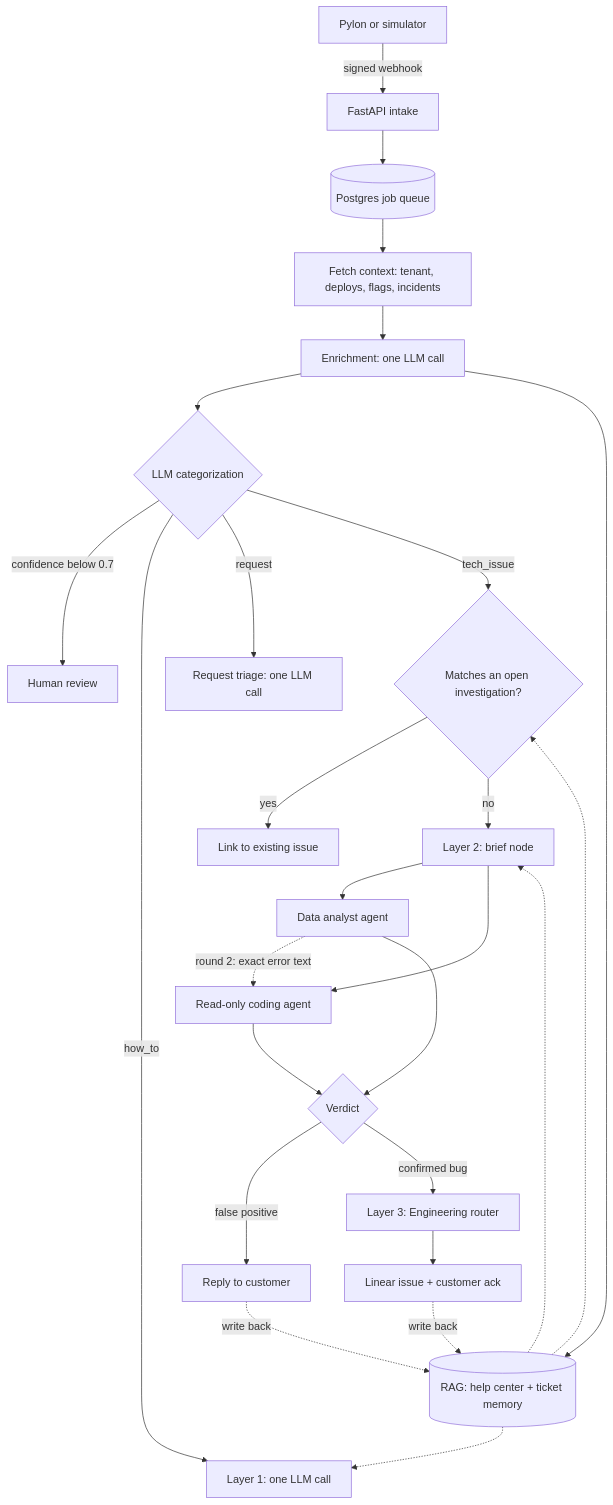
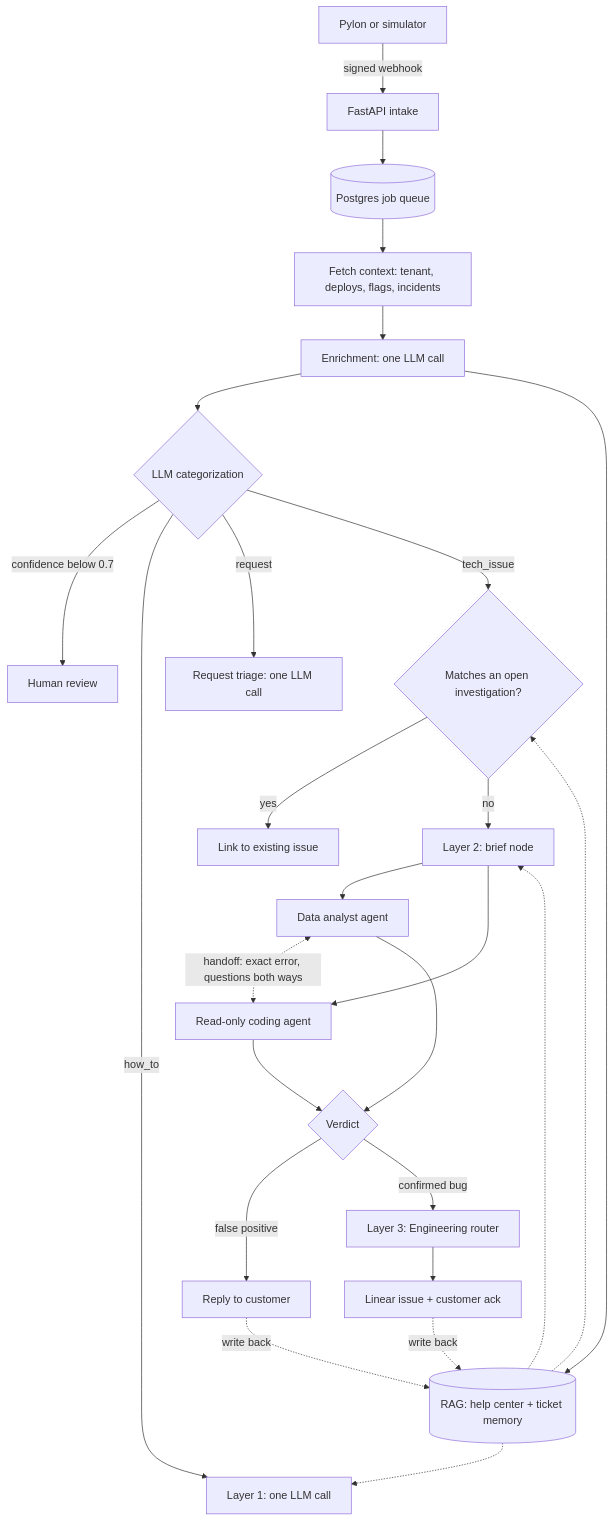
The diagram in planning/Agent_Architecture_And_Build_Plan.md (kirmada1509/support-triage-agent), drawn with Mermaid before and after one commit. The commit also changed other lines of this file and 43 other files, not shown here.

````diff
--- a/planning/Agent_Architecture_And_Build_Plan.md
+++ b/planning/Agent_Architecture_And_Build_Plan.md
@@ -229,28 +229,28 @@
 ```mermaid
 flowchart TD
   P[Pylon or simulator] -->|signed webhook| W[FastAPI intake]
   W --> Q[(Postgres job queue)]
   Q --> C[Fetch context: tenant, deploys, flags, incidents]
   C --> E[Enrichment: one LLM call]
   E --> J{LLM categorization}
   E --> S[(RAG: help center + ticket memory)]
   J -->|confidence below 0.7| H[Human review]
   J -->|how_to| L1[Layer 1: one LLM call]
   J -->|request| R[Request triage: one LLM call]
   J -->|tech_issue| M{Matches an open investigation?}
   S -.-> L1
   S -.-> M
   M -->|yes| LK[Link to existing issue]
   M -->|no| O[Layer 2: brief node]
   S -.-> O
   O --> DA[Data analyst agent]
   O --> CA[Read-only coding agent]
-  DA -.->|round 2: exact error text| CA
+  DA <-.->|handoff: exact error, questions both ways| CA
   DA --> V{Verdict}
   CA --> V
   V -->|false positive| FP[Reply to customer]
   V -->|confirmed bug| L3[Layer 3: Engineering router]
   L3 --> LI[Linear issue + customer ack]
   FP -.->|write back| S
   LI -.->|write back| S
 ```
````
